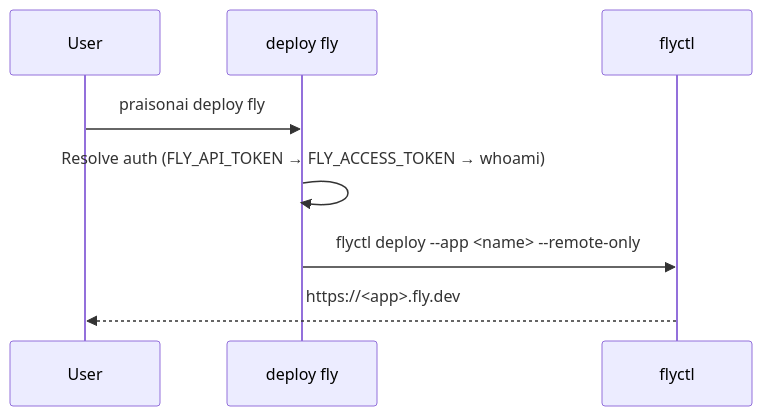
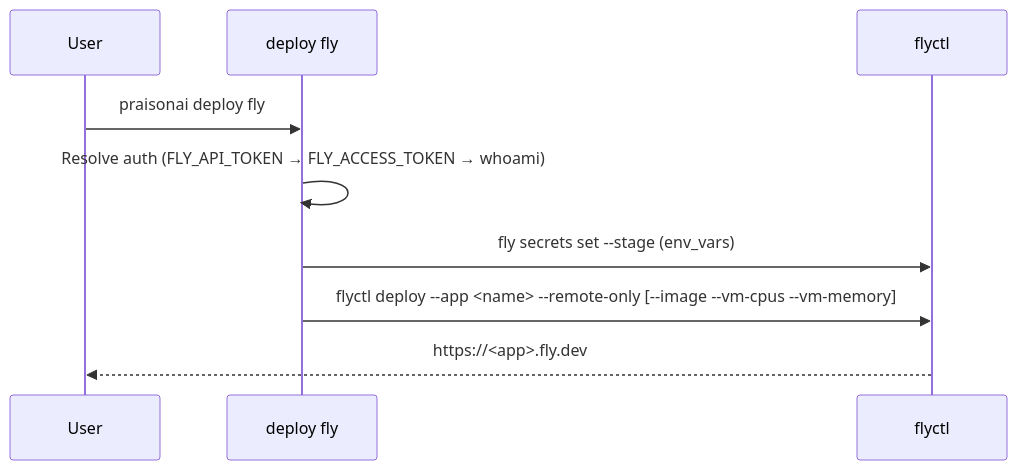
Before and after one commit to MervinPraison/PraisonAIDocs: the second of 3 diagrams in docs/features/fly.mdx, drawn with Mermaid. The commit also changed other lines of this file and 3 other files, not shown here.

````diff
--- a/docs/features/fly.mdx
+++ b/docs/features/fly.mdx
@@ -66,11 +66,12 @@
 ```mermaid
 sequenceDiagram
     participant User
     participant CLI as deploy fly
     participant Fly as flyctl
 
     User->>CLI: praisonai deploy fly
     CLI->>CLI: Resolve auth (FLY_API_TOKEN → FLY_ACCESS_TOKEN → whoami)
-    CLI->>Fly: flyctl deploy --app <name> --remote-only
+    CLI->>Fly: fly secrets set --stage (env_vars)
+    CLI->>Fly: flyctl deploy --app <name> --remote-only [--image --vm-cpus --vm-memory]
     Fly-->>User: https://<app>.fly.dev
 ```
````
